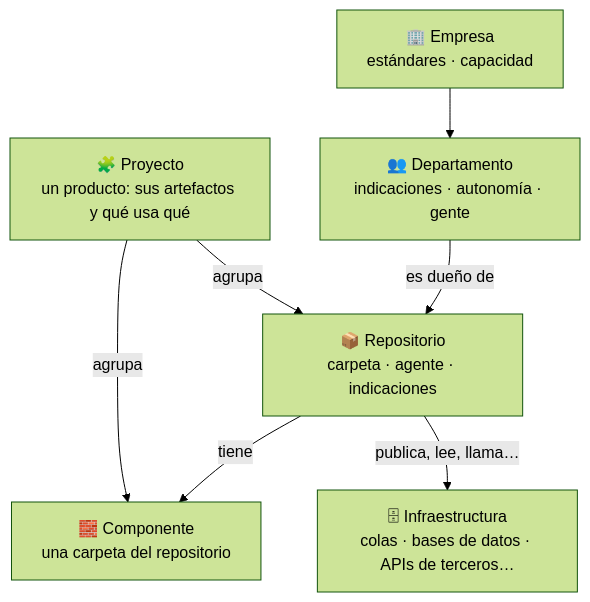
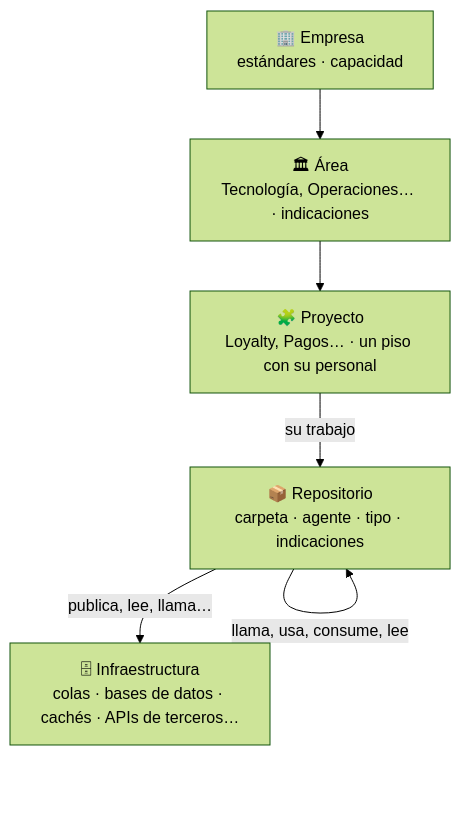
One commit to fmunoztorrent/dev-office changed the diagram in docs/company.es.md. Above: the diagram before and after it, drawn with Mermaid (forest theme). The commit also changed other lines of this file and 17 other files, not shown here.

````diff
--- a/docs/company.es.md
+++ b/docs/company.es.md
@@ -9,15 +9,13 @@
 ```mermaid
 flowchart TB
   company["🏢 Empresa<br/>estándares · capacidad"]
-  dept["👥 Departamento<br/>indicaciones · autonomía · gente"]
-  repo["📦 Repositorio<br/>carpeta · agente · indicaciones"]
-  comp["🧱 Componente<br/>una carpeta del repositorio"]
-  project["🧩 Proyecto<br/>un producto: sus artefactos y qué usa qué"]
-  infra["🗄 Infraestructura<br/>colas · bases de datos · APIs de terceros…"]
-  company --> dept
-  dept -- "es dueño de" --> repo
-  repo -- tiene --> comp
-  project -- agrupa --> repo
-  project -- agrupa --> comp
+  area["🏛 Área<br/>Tecnología, Operaciones… · indicaciones"]
+  project["🧩 Proyecto<br/>Loyalty, Pagos… · un piso con su personal"]
+  repo["📦 Repositorio<br/>carpeta · agente · tipo · indicaciones"]
+  infra["🗄 Infraestructura<br/>colas · bases de datos · cachés · APIs de terceros…"]
+  company --> area
+  area --> project
+  project -- "su trabajo" --> repo
+  repo -- "llama, usa, consume, lee" --> repo
   repo -- "publica, lee, llama…" --> infra
 ```
````
